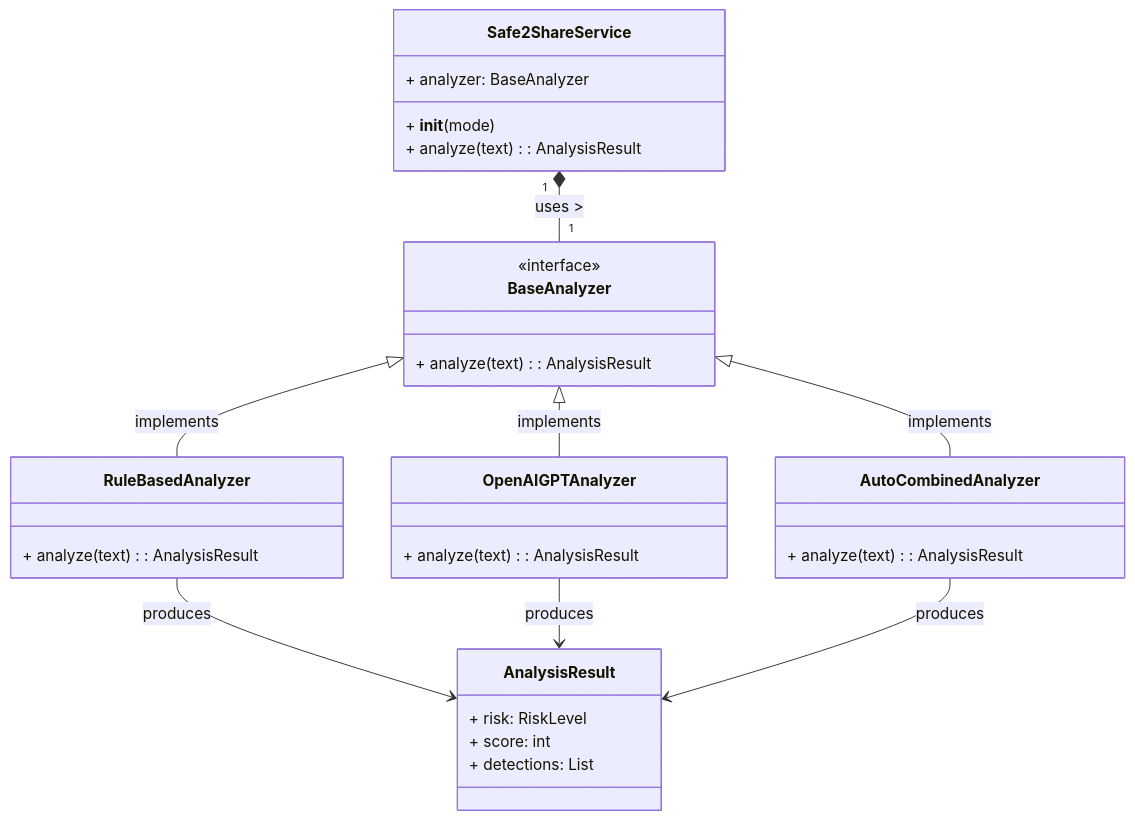
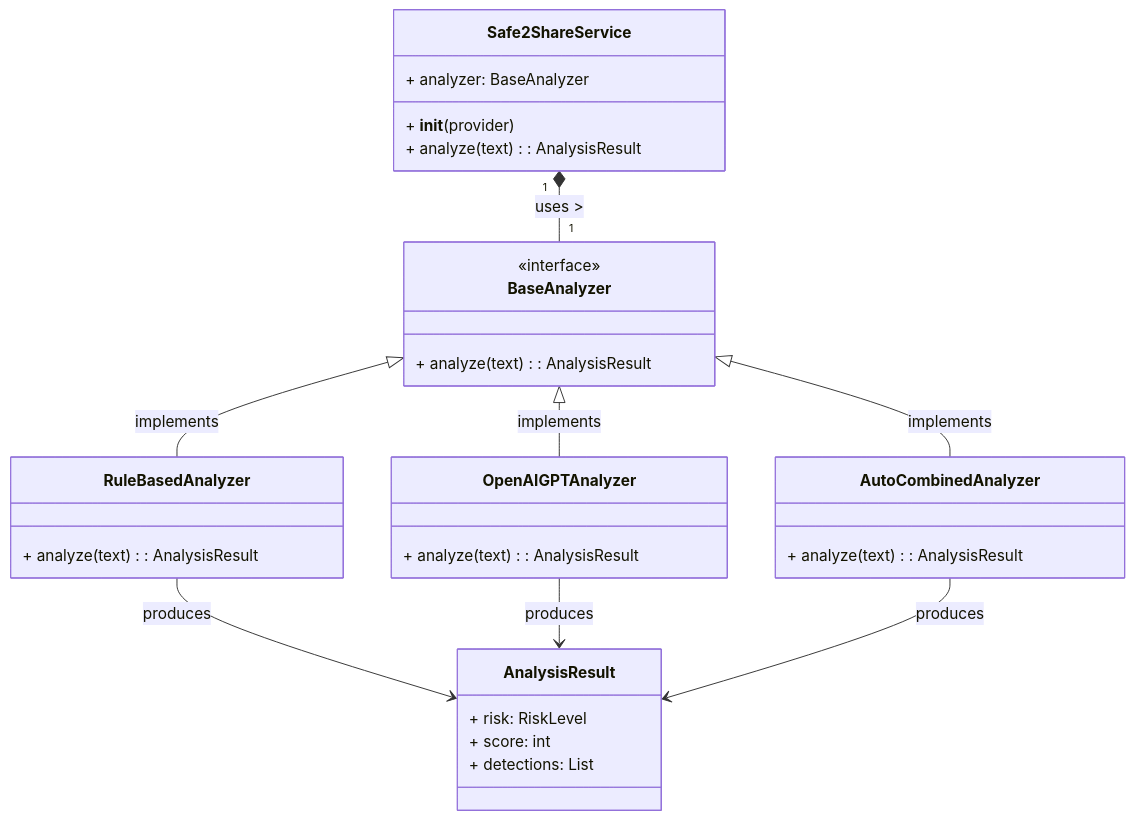
One commit to Aldo-Mendoza/safe2share-ai changed the first of 2 diagrams in README.md. Above: the diagram before and after it, drawn with Mermaid. The commit also changed other lines of this file, not shown here.

Commit message:
docs: align diagrams and terminology to provider-based API

````diff
--- a/README.md
+++ b/README.md
@@ -43,49 +43,49 @@
 ```mermaid
 classDiagram
     direction TB
     
     class AnalysisResult {
         + risk: RiskLevel
         + score: int
         + detections: List<Detection>
     }
 
     class BaseAnalyzer {
         <<interface>>
         + analyze(text): AnalysisResult
     }
     
     class Safe2ShareService {
         + analyzer: BaseAnalyzer
-        + __init__(mode)
+        + __init__(provider)
         + analyze(text): AnalysisResult
     }
     
     class RuleBasedAnalyzer {
         + analyze(text): AnalysisResult
     }
     
     class OpenAIGPTAnalyzer {
         + analyze(text): AnalysisResult
     }
     
     class AutoCombinedAnalyzer {
         + analyze(text): AnalysisResult
     }
     
     
     %% Relationships
     
     %% Safe2ShareService (Context) has a reference to BaseAnalyzer (Composition/Association)
     Safe2ShareService "1" *-- "1" BaseAnalyzer : uses >
     
     %% Concrete Strategies implement the BaseAnalyzer interface
     BaseAnalyzer <|-- RuleBasedAnalyzer : implements
     BaseAnalyzer <|-- OpenAIGPTAnalyzer : implements
     BaseAnalyzer <|-- AutoCombinedAnalyzer : implements
     
     %% Analyzers produce an AnalysisResult
     RuleBasedAnalyzer --> AnalysisResult : produces
     OpenAIGPTAnalyzer --> AnalysisResult : produces
     AutoCombinedAnalyzer --> AnalysisResult : produces
 ```
````
